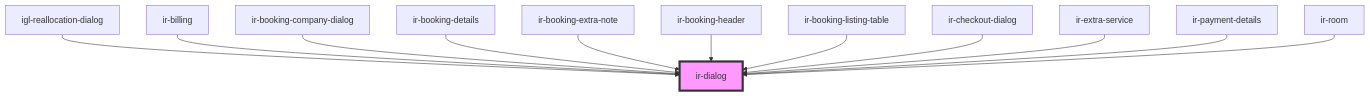
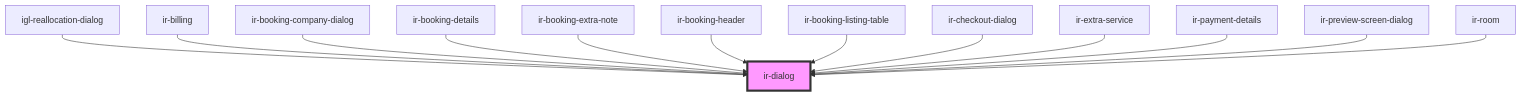
The diagram in src/components/ui/ir-dialog/readme.md (David1Chowaifaty/modified-ir-webcmp), drawn with Mermaid before and after one commit. The commit also changed other lines of this file and 31 other files, not shown here.

````diff
--- a/src/components/ui/ir-dialog/readme.md
+++ b/src/components/ui/ir-dialog/readme.md
@@ -68,15 +69,16 @@
 ```mermaid
 graph TD;
   igl-reallocation-dialog --> ir-dialog
   ir-billing --> ir-dialog
   ir-booking-company-dialog --> ir-dialog
   ir-booking-details --> ir-dialog
   ir-booking-extra-note --> ir-dialog
   ir-booking-header --> ir-dialog
   ir-booking-listing-table --> ir-dialog
   ir-checkout-dialog --> ir-dialog
   ir-extra-service --> ir-dialog
   ir-payment-details --> ir-dialog
+  ir-preview-screen-dialog --> ir-dialog
   ir-room --> ir-dialog
   style ir-dialog fill:#f9f,stroke:#333,stroke-width:4px
 ```
````
